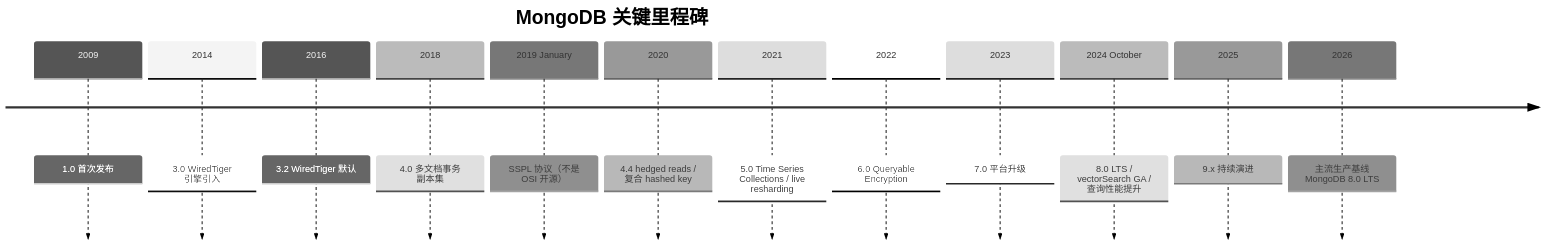
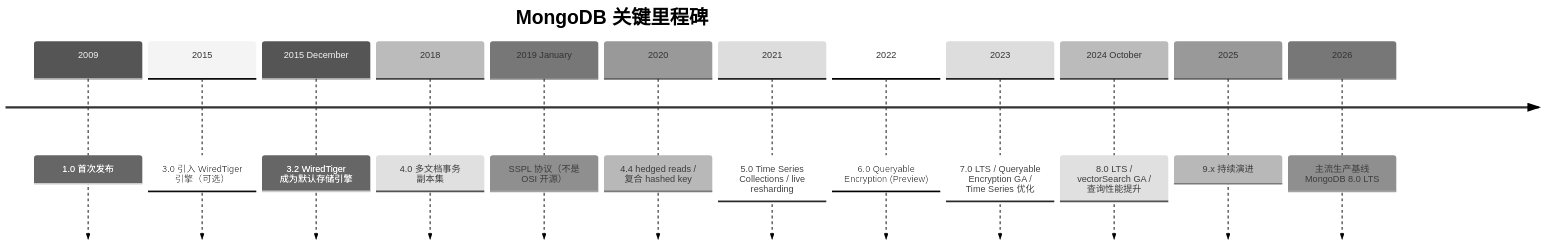
The tenth of 11 diagrams in mongodb/ROADMAP.md (Kirby980/backend-handbook), drawn with Mermaid (neutral theme) before and after one commit. The commit also changed other lines of this file and 26 other files, not shown here.

````diff
--- a/mongodb/ROADMAP.md
+++ b/mongodb/ROADMAP.md
@@ -268,16 +268,16 @@
 ```mermaid
 timeline
     title MongoDB 关键里程碑
     2009 : 1.0 首次发布
-    2014 : 3.0 WiredTiger 引擎引入
-    2016 : 3.2 WiredTiger 默认
+    2015 : 3.0 引入 WiredTiger 引擎（可选）
+    2015 December : 3.2 WiredTiger 成为默认存储引擎
     2018 : 4.0 多文档事务 副本集
     2019 January : SSPL 协议（不是 OSI 开源）
     2020 : 4.4 hedged reads / 复合 hashed key
     2021 : 5.0 Time Series Collections / live resharding
-    2022 : 6.0 Queryable Encryption
-    2023 : 7.0 平台升级
+    2022 : 6.0 Queryable Encryption (Preview)
+    2023 : 7.0 LTS / Queryable Encryption GA / Time Series 优化
     2024 October : 8.0 LTS / vectorSearch GA / 查询性能提升
     2025 : 9.x 持续演进
     2026 : 主流生产基线 MongoDB 8.0 LTS
 ```
````
